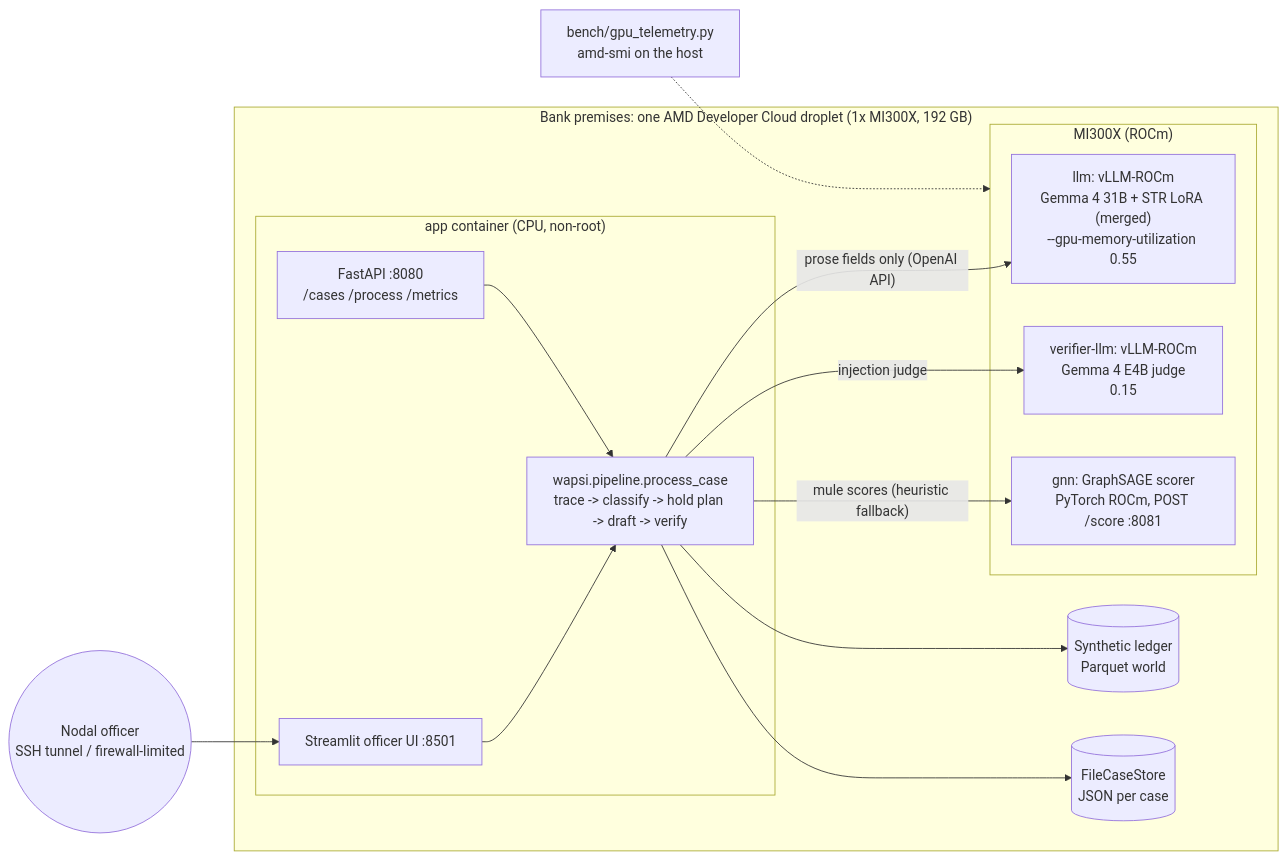
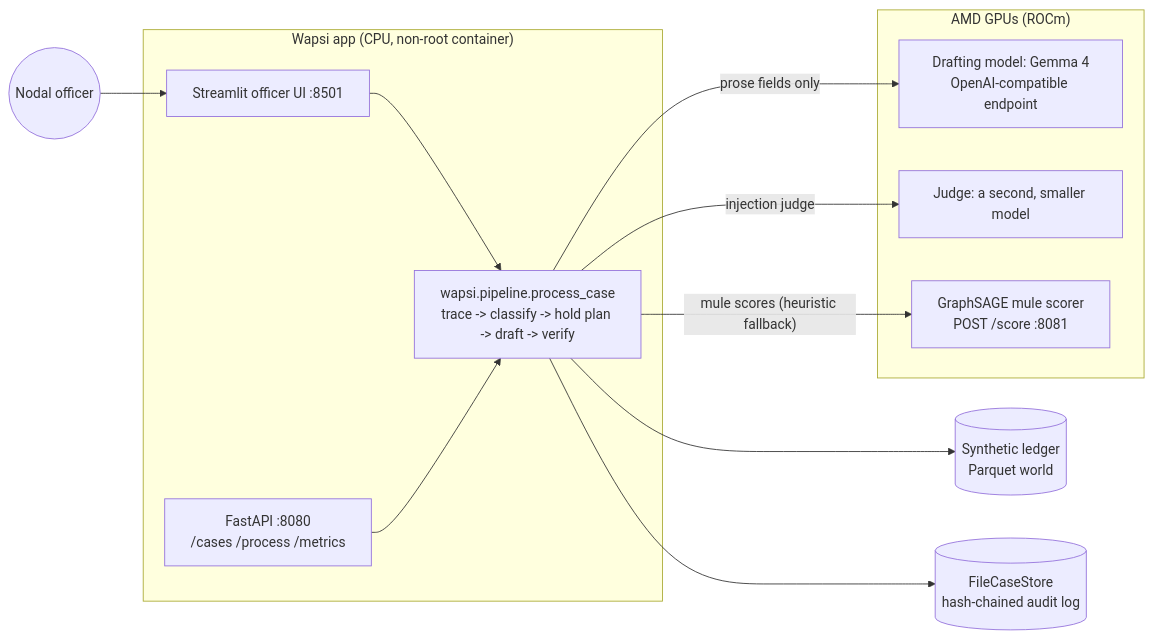
One commit to GODOSTROYER/wapsi changed the diagram in editions/amd/README.md. Above: the diagram before and after it, drawn with Mermaid. The commit also changed other lines of this file and 17 other files, not shown here.

````diff
--- a/editions/amd/README.md
+++ b/editions/amd/README.md
@@ -27,26 +53,23 @@
 ```mermaid
 flowchart LR
-  subgraph bank["Bank premises: one AMD Developer Cloud droplet (1x MI300X, 192 GB)"]
-    subgraph gpu["MI300X (ROCm)"]
-      LLM["llm: vLLM-ROCm<br/>Gemma 4 31B + STR LoRA (merged)<br/>--gpu-memory-utilization 0.55"]
-      VER["verifier-llm: vLLM-ROCm<br/>Gemma 4 E4B judge<br/>0.15"]
-      GNN["gnn: GraphSAGE scorer<br/>PyTorch ROCm, POST /score :8081"]
-    end
-    subgraph app["app container (CPU, non-root)"]
-      UI["Streamlit officer UI :8501"]
-      API["FastAPI :8080<br/>/cases /process /metrics"]
-      PIPE["wapsi.pipeline.process_case<br/>trace -> classify -> hold plan -> draft -> verify"]
-    end
-    LEDGER[("Synthetic ledger<br/>Parquet world")]
-    STORE[("FileCaseStore<br/>JSON per case")]
+  Officer(("Nodal officer")) --> UI
+  subgraph app["Wapsi app (CPU, non-root container)"]
+    UI["Streamlit officer UI :8501"]
+    API["FastAPI :8080<br/>/cases /process /metrics"]
+    PIPE["wapsi.pipeline.process_case<br/>trace -> classify -> hold plan -> draft -> verify"]
   end
-  Officer(("Nodal officer<br/>SSH tunnel / firewall-limited")) --> UI
   UI --> PIPE
   API --> PIPE
-  PIPE -->|"prose fields only (OpenAI API)"| LLM
+  LEDGER[("Synthetic ledger<br/>Parquet world")]
+  STORE[("FileCaseStore<br/>hash-chained audit log")]
+  PIPE --> LEDGER
+  PIPE --> STORE
+  subgraph amd["AMD GPUs (ROCm)"]
+    LLM["Drafting model: Gemma 4<br/>OpenAI-compatible endpoint"]
+    VER["Judge: a second, smaller model"]
+    GNN["GraphSAGE mule scorer<br/>POST /score :8081"]
+  end
+  PIPE -->|"prose fields only"| LLM
   PIPE -->|"injection judge"| VER
   PIPE -->|"mule scores (heuristic fallback)"| GNN
-  PIPE --> LEDGER
-  PIPE --> STORE
-  TEL["bench/gpu_telemetry.py<br/>amd-smi on the host"] -.-> gpu
 ```
````
